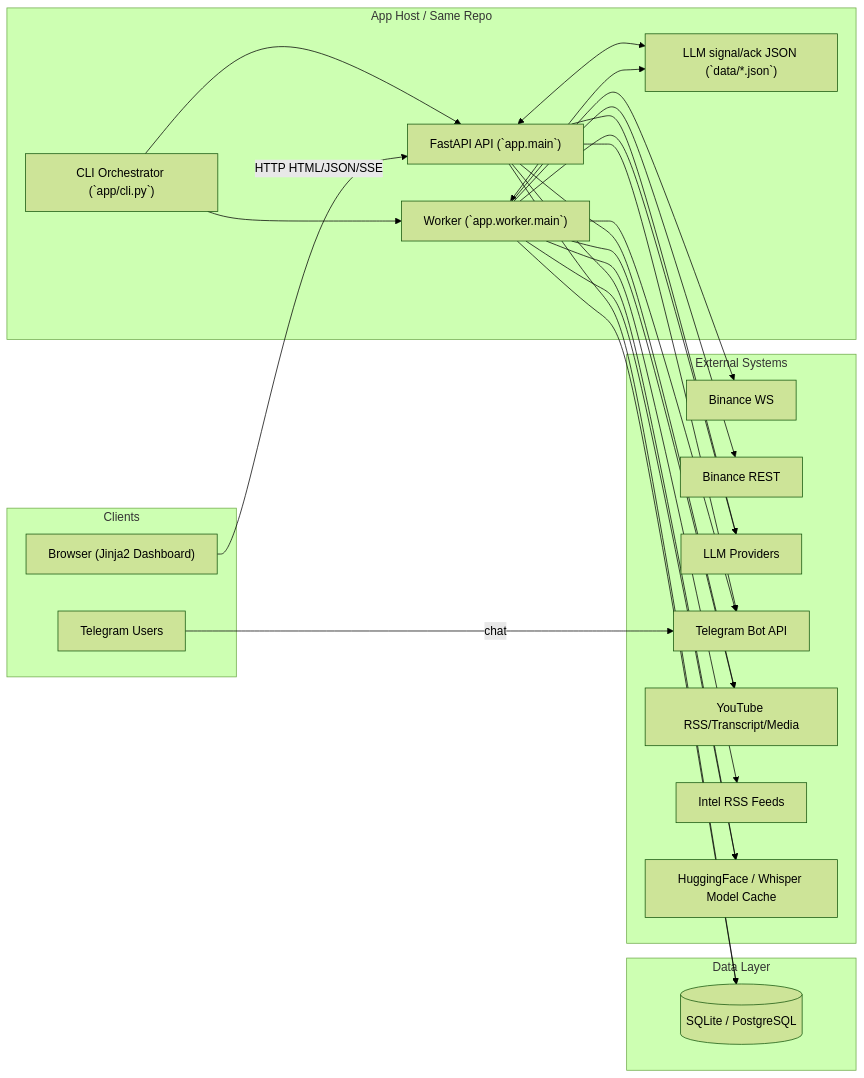
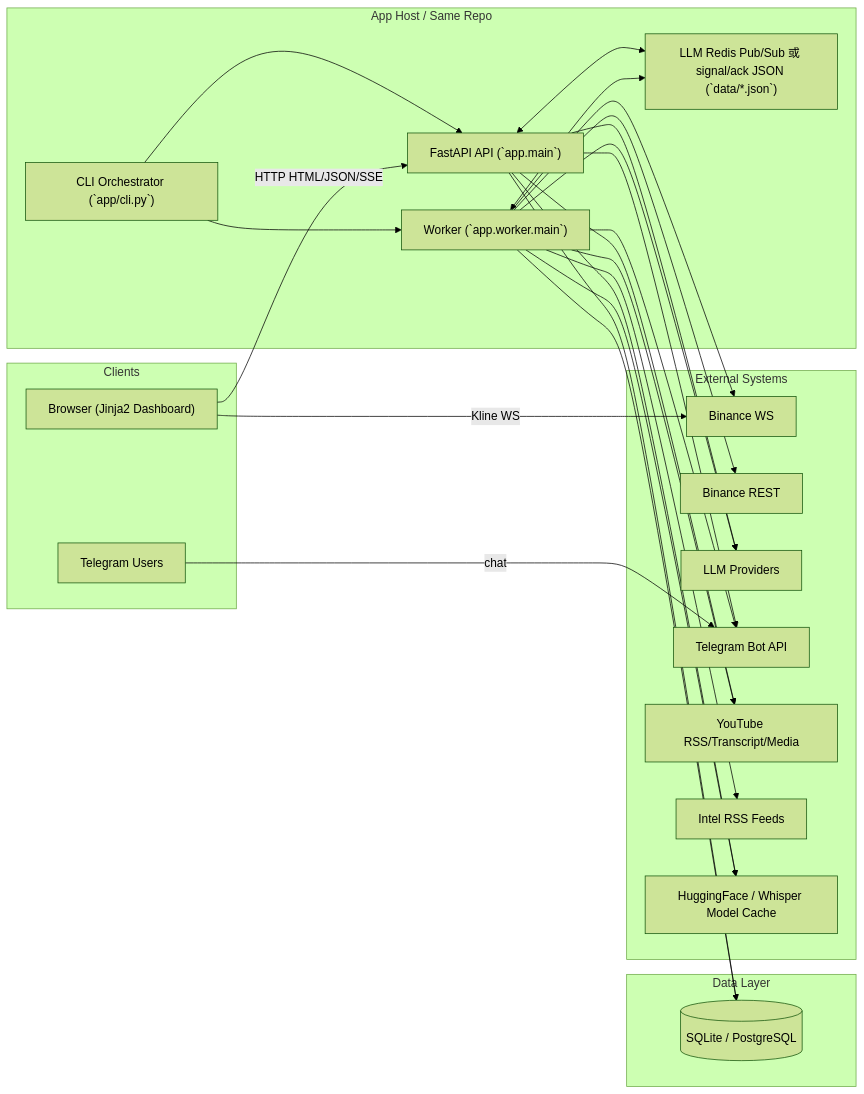
Before and after one commit to h14774819836-maker/crypto-sentinel: the first of 15 diagrams in docs/architecture_report.md, drawn with Mermaid (forest theme). The commit also changed other lines of this file and 97 other files, not shown here.

````diff
--- a/docs/architecture_report.md
+++ b/docs/architecture_report.md
@@ -131,51 +132,52 @@
 ```mermaid
 flowchart LR
     subgraph Client["Clients"]
         Browser["Browser (Jinja2 Dashboard)"]
         TGUser["Telegram Users"]
     end
 
     subgraph Host["App Host / Same Repo"]
         CLI["CLI Orchestrator (`app/cli.py`)"]
         API["FastAPI API (`app.main`)"]
         Worker["Worker (`app.worker.main`)"]
-        Signal["LLM signal/ack JSON (`data/*.json`)"]
+        Signal["LLM Redis Pub/Sub 或 signal/ack JSON (`data/*.json`)"]
     end
 
     subgraph Data["Data Layer"]
         DB[("SQLite / PostgreSQL")]
     end
 
     subgraph Ext["External Systems"]
         BWS["Binance WS"]
         BREST["Binance REST"]
         LLM["LLM Providers"]
         TGAPI["Telegram Bot API"]
         YT["YouTube RSS/Transcript/Media"]
         RSS["Intel RSS Feeds"]
         HF["HuggingFace / Whisper Model Cache"]
     end
 
     CLI --> API
     CLI --> Worker
 
     Browser -->|HTTP HTML/JSON/SSE| API
+    Browser -->|Kline WS| BWS
     TGUser -->|chat| TGAPI
 
     API --> DB
     Worker --> DB
     API <--> Signal
     Worker <--> Signal
 
     Worker --> BWS
     Worker --> BREST
     API --> LLM
     Worker --> LLM
     API --> TGAPI
     Worker --> TGAPI
     API --> YT
     Worker --> YT
     Worker --> RSS
     API --> HF
     Worker --> HF
 ```
````
